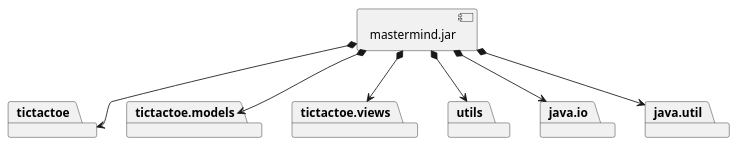
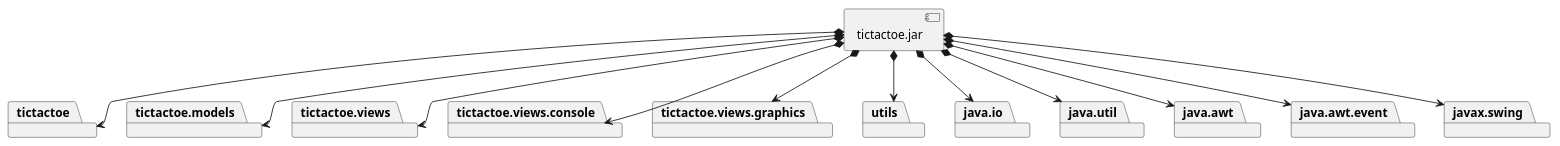
One commit to x-USantaTecla-game-ticTacToe/java changed the third of 4 diagrams in docs/src/docs/asciidoc/index.adoc. Above: the diagram before and after it, drawn with PlantUML. The commit also changed other lines of this file and 61 other files, not shown here.

```diff
--- a/docs/src/docs/asciidoc/index.adoc
+++ b/docs/src/docs/asciidoc/index.adoc
@@ -378,25 +548,40 @@
 [plantuml,diagramaImplementacion,svg]
 ....
 
 package "  "  as tictactoe {
 }
 package "  "  as tictactoe.models {
 }
 package "  "  as tictactoe.views {
 }
+package "  "  as tictactoe.views.console {
+}
+package "  "  as tictactoe.views.graphics {
+}
 package "  "  as utils {
 }
 package "  "  as java.io {
 }
 package "  "  as java.util {
 }
+package "  "  as java.awt {
+}
+package "  "  as java.awt.event {
+}
+package "  "  as javax.swing {
+}
 
-[mastermind.jar] as jar
+[tictactoe.jar] as jar
 
 jar *--> tictactoe
 jar *--> tictactoe.models
 jar *--> tictactoe.views
+jar *--> tictactoe.views.console
+jar *--> tictactoe.views.graphics
 jar *--> utils
 jar *--> java.io
 jar *--> java.util
+jar *--> java.awt
+jar *--> java.awt.event
+jar *--> javax.swing
 ....
```
